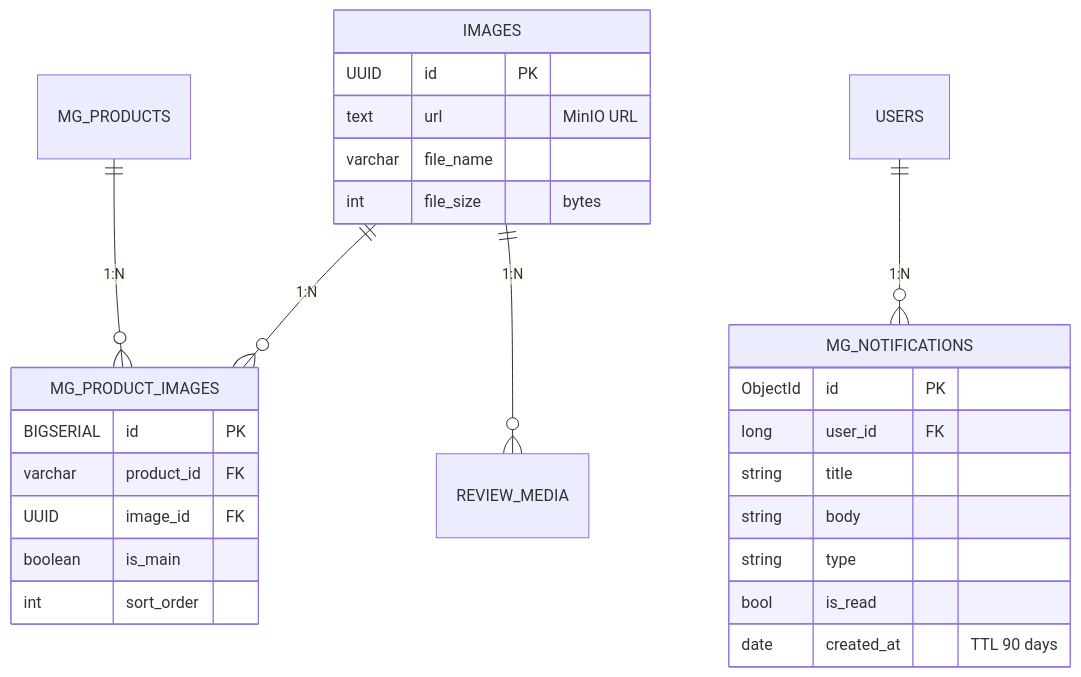
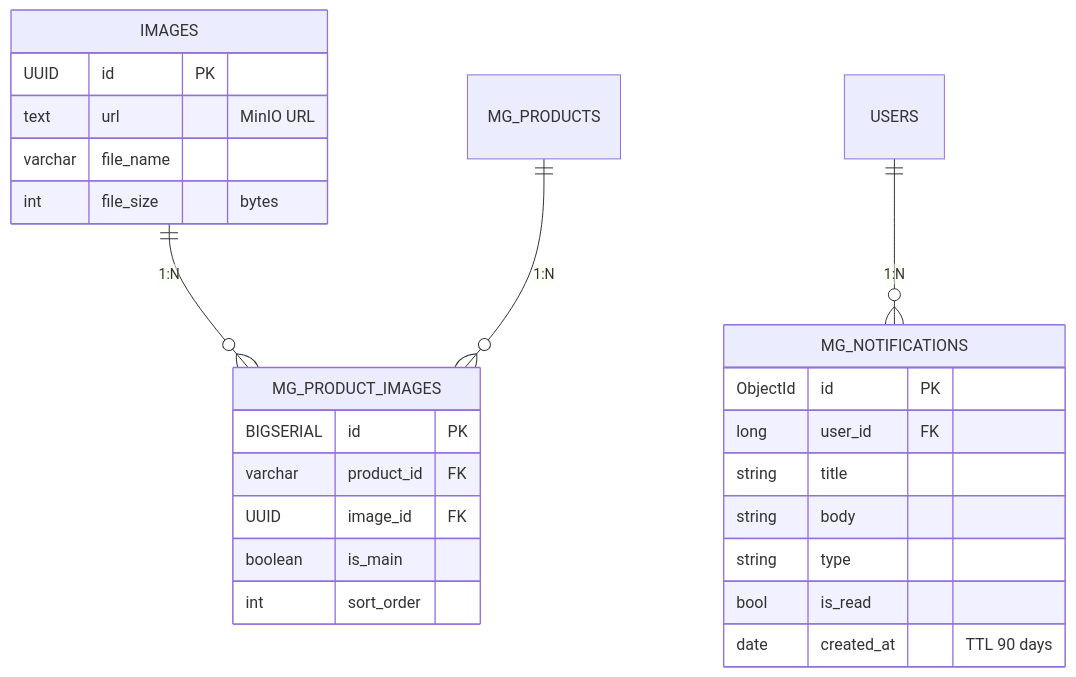
The seventh of 10 diagrams in docs/diagrams/01_erd_compact.md (ldqanh1408/stealing-from-paradise), drawn with Mermaid before and after one commit. The commit also changed other lines of this file and 35 other files, not shown here.

Commit message:
refactor: remove reviews and related media from database schema and documentation

````diff
--- a/docs/diagrams/01_erd_compact.md
+++ b/docs/diagrams/01_erd_compact.md
@@ -340,32 +322,31 @@
 ```mermaid
 erDiagram
     IMAGES ||--o{ MG_PRODUCT_IMAGES : "1:N"
     MG_PRODUCTS ||--o{ MG_PRODUCT_IMAGES : "1:N"
-    IMAGES ||--o{ REVIEW_MEDIA : "1:N"
     USERS ||--o{ MG_NOTIFICATIONS : "1:N"
 
     IMAGES {
         UUID id PK
         text url "MinIO URL"
         varchar file_name
         int file_size "bytes"
     }
 
     MG_PRODUCT_IMAGES {
         BIGSERIAL id PK
         varchar product_id FK
         UUID image_id FK
         boolean is_main
         int sort_order
     }
 
     MG_NOTIFICATIONS {
         ObjectId id PK
         long user_id FK
         string title
         string body
         string type
         bool is_read
         date created_at "TTL 90 days"
     }
 ```
````
